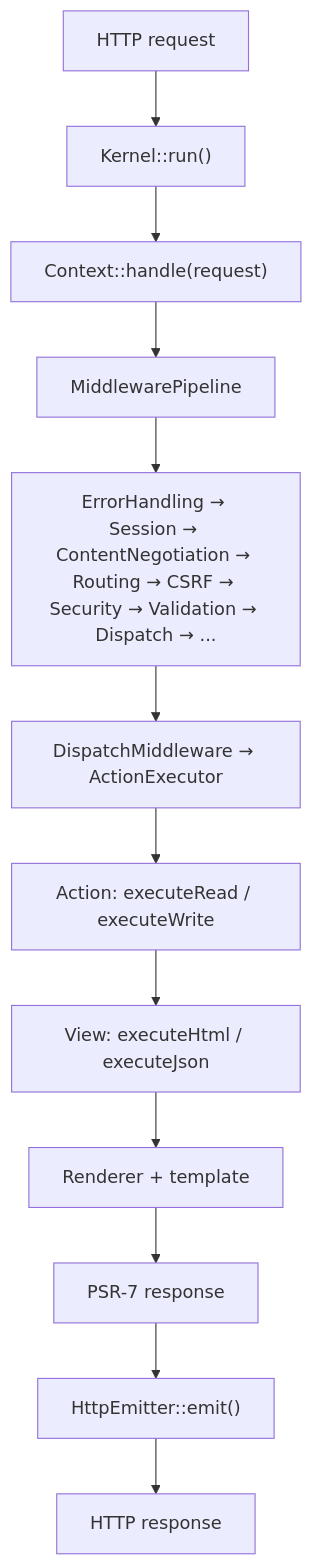
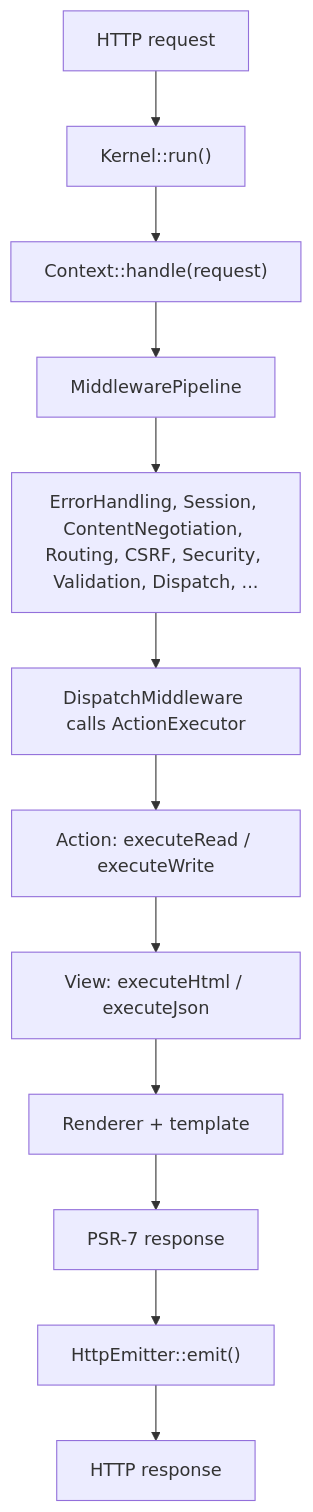
Before and after one commit to quioteframework/quiote-mcp-assistant: the diagram in app/Mcp/Resources/docs/architecture/request-lifecycle.md, drawn with Mermaid. The commit also changed other lines of this file and 39 other files, not shown here.

````diff
--- a/app/Mcp/Resources/docs/architecture/request-lifecycle.md
+++ b/app/Mcp/Resources/docs/architecture/request-lifecycle.md
@@ -9,14 +9,14 @@
 ```mermaid
 flowchart TD
     A[HTTP request] --> B["Kernel::run()"]
     B --> C["Context::handle(request)"]
     C --> D[MiddlewarePipeline]
-    D --> E[ErrorHandling → Session → ContentNegotiation → Routing → CSRF → Security → Validation → Dispatch → ...]
-    E --> F["DispatchMiddleware → ActionExecutor"]
+    D --> E[ErrorHandling, Session, ContentNegotiation, Routing, CSRF, Security, Validation, Dispatch, ...]
+    E --> F["DispatchMiddleware calls ActionExecutor"]
     F --> G["Action: executeRead / executeWrite"]
     G --> H["View: executeHtml / executeJson"]
     H --> I[Renderer + template]
     I --> J[PSR-7 response]
     J --> K["HttpEmitter::emit()"]
     K --> L[HTTP response]
 ```
````
